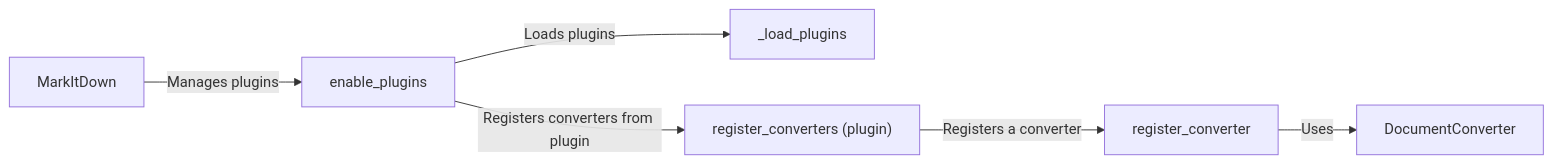
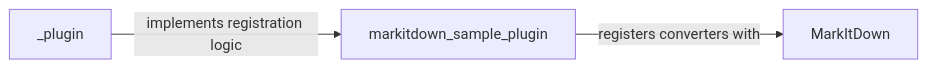
The diagram in markitdown/Plugin Manager.md (CodeBoarding/GeneratedOnBoardings), drawn with Mermaid before and after one commit. The commit also changed other lines of this file and 10 other files, not shown here.

````diff
--- a/markitdown/Plugin Manager.md
+++ b/markitdown/Plugin Manager.md
@@ -1,14 +1,8 @@
 ```mermaid
 graph LR
     MarkItDown["MarkItDown"]
-    enable_plugins["enable_plugins"]
-    _load_plugins["_load_plugins"]
-    register_converters_plugin_["register_converters (plugin)"]
-    register_converter["register_converter"]
-    DocumentConverter["DocumentConverter"]
-    MarkItDown -- "Manages plugins" --> enable_plugins
-    enable_plugins -- "Loads plugins" --> _load_plugins
-    enable_plugins -- "Registers converters from plugin" --> register_converters_plugin_
-    register_converters_plugin_ -- "Registers a converter" --> register_converter
-    register_converter -- "Uses" --> DocumentConverter
+    markitdown_sample_plugin["markitdown_sample_plugin"]
+    _plugin["_plugin"]
+    markitdown_sample_plugin -- "registers converters with" --> MarkItDown
+    _plugin -- "implements registration logic" --> markitdown_sample_plugin
 ```
````
